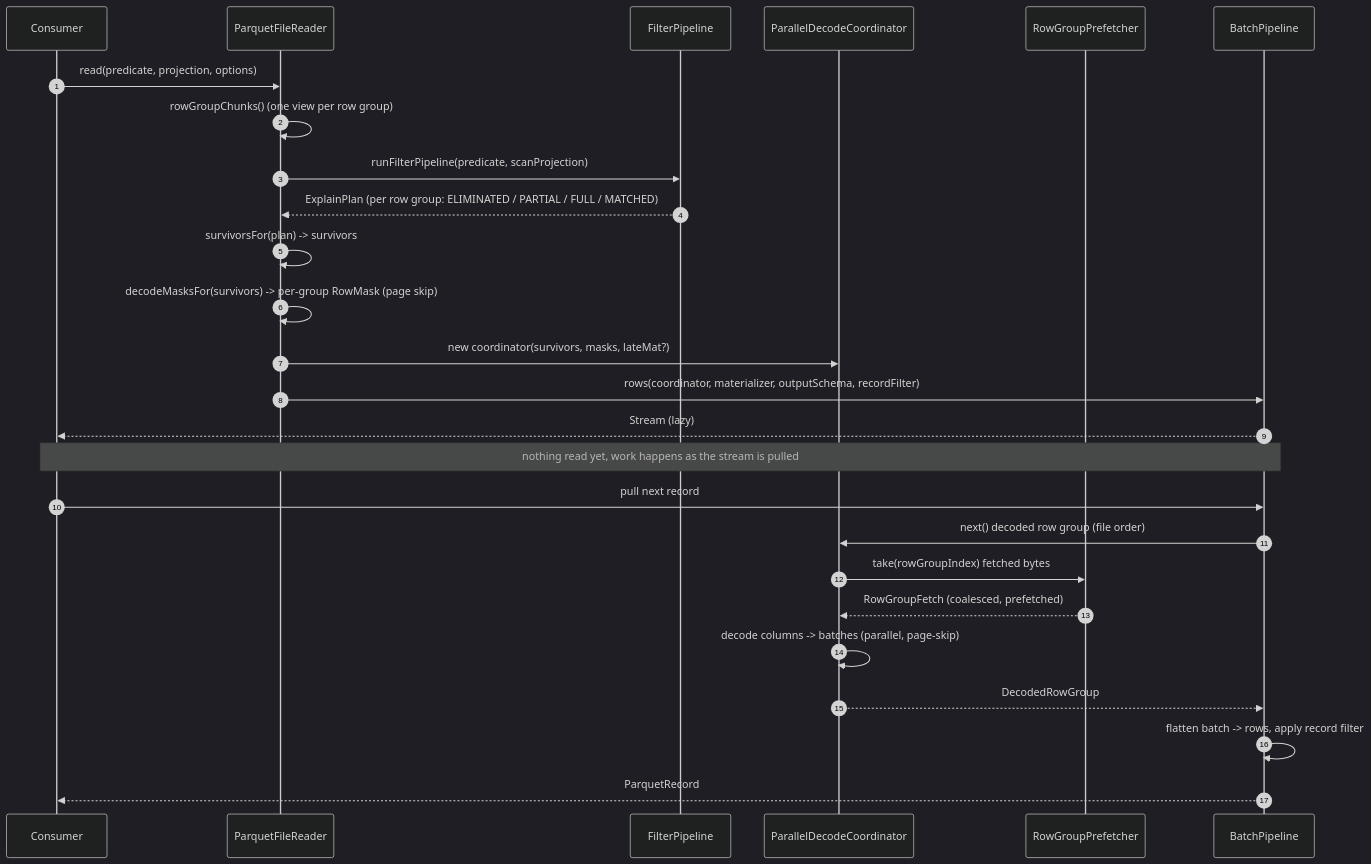
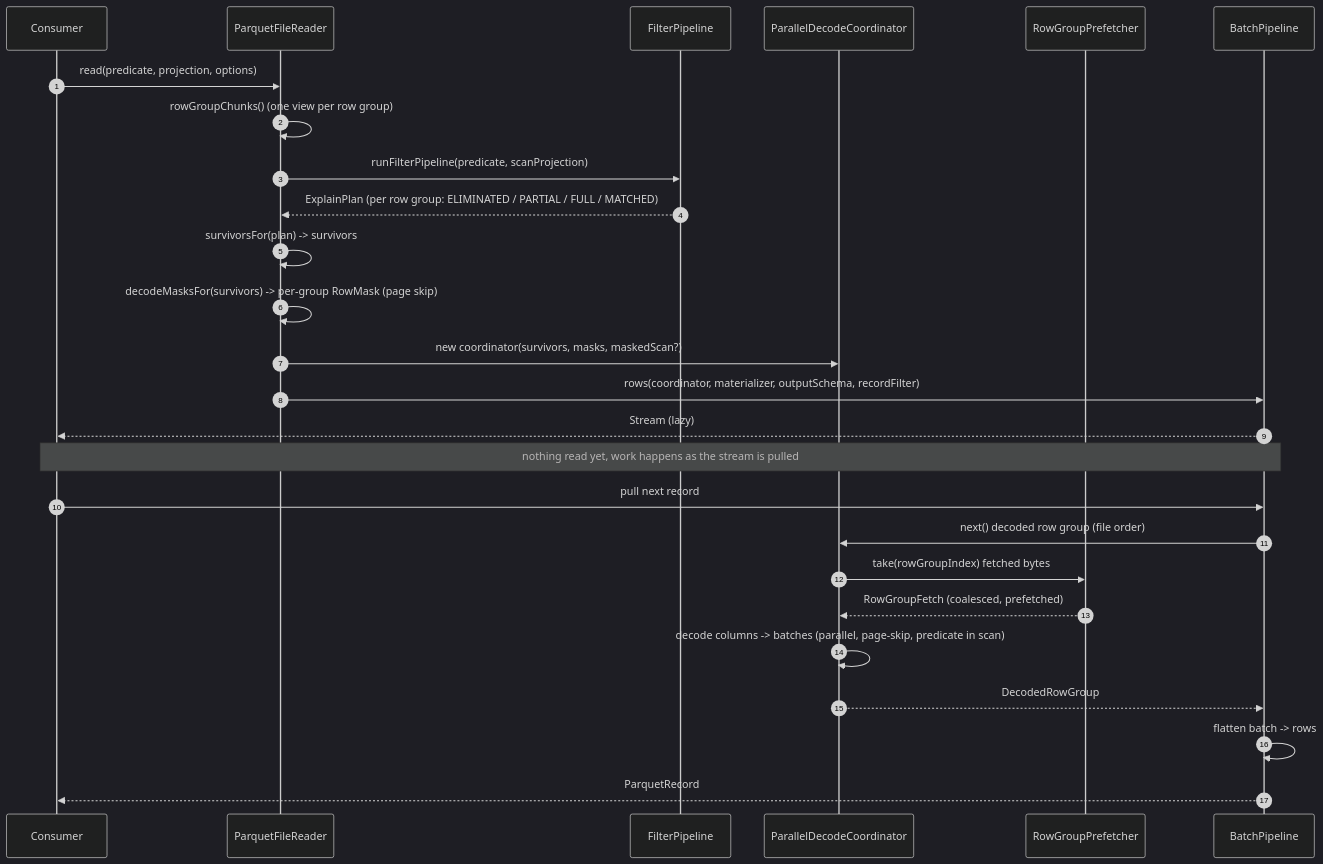
Before and after one commit to tileverse-io/parquetry: the third of 7 diagrams in docs/read-path.md, drawn with Mermaid (dark theme). The commit also changed other lines of this file and 34 other files, not shown here.

First line of the commit message:
perf: evaluate filtered reads in-scan, decoding only surviving rows

````diff
--- a/docs/read-path.md
+++ b/docs/read-path.md
@@ -91,31 +91,31 @@
 ```mermaid
 sequenceDiagram
     autonumber
     participant C as Consumer
     participant R as ParquetFileReader
     participant FP as FilterPipeline
     participant DC as ParallelDecodeCoordinator
     participant PF as RowGroupPrefetcher
     participant BP as BatchPipeline
 
     C->>R: read(predicate, projection, options)
     R->>R: rowGroupChunks() (one view per row group)
     R->>FP: runFilterPipeline(predicate, scanProjection)
     FP-->>R: ExplainPlan (per row group: ELIMINATED / PARTIAL / FULL / MATCHED)
     R->>R: survivorsFor(plan) -> survivors
     R->>R: decodeMasksFor(survivors) -> per-group RowMask (page skip)
-    R->>DC: new coordinator(survivors, masks, lateMat?)
+    R->>DC: new coordinator(survivors, masks, maskedScan?)
     R->>BP: rows(coordinator, materializer, outputSchema, recordFilter)
     BP-->>C: Stream (lazy)
 
     Note over C,BP: nothing read yet, work happens as the stream is pulled
 
     C->>BP: pull next record
     BP->>DC: next() decoded row group (file order)
     DC->>PF: take(rowGroupIndex) fetched bytes
     PF-->>DC: RowGroupFetch (coalesced, prefetched)
-    DC->>DC: decode columns -> batches (parallel, page-skip)
+    DC->>DC: decode columns -> batches (parallel, page-skip, predicate in scan)
     DC-->>BP: DecodedRowGroup
-    BP->>BP: flatten batch -> rows, apply record filter
+    BP->>BP: flatten batch -> rows
     BP-->>C: ParquetRecord
 ```
````
